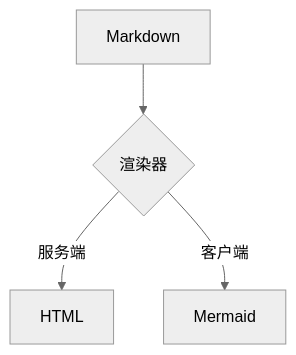
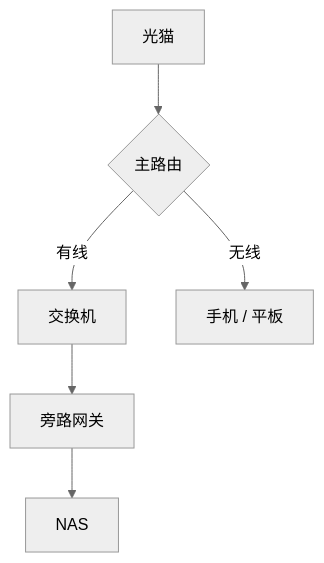
Before and after one commit to miaoermua/design: the diagram in src/visual-tests/fixtures/markdown-full.md, drawn with Mermaid (neutral theme). The commit also changed other lines of this file and 142 other files, not shown here.

````diff
--- a/src/visual-tests/fixtures/markdown-full.md
+++ b/src/visual-tests/fixtures/markdown-full.md
@@ -298,6 +297,8 @@
 ```mermaid
 graph TD
-  A[Markdown] --> B{渲染器}
-  B -->|服务端| C[HTML]
-  B -->|客户端| D[Mermaid]
+  A[光猫] --> B{主路由}
+  B -->|有线| C[交换机]
+  B -->|无线| D[手机 / 平板]
+  C --> E[旁路网关]
+  E --> F[NAS]
 ```
````
